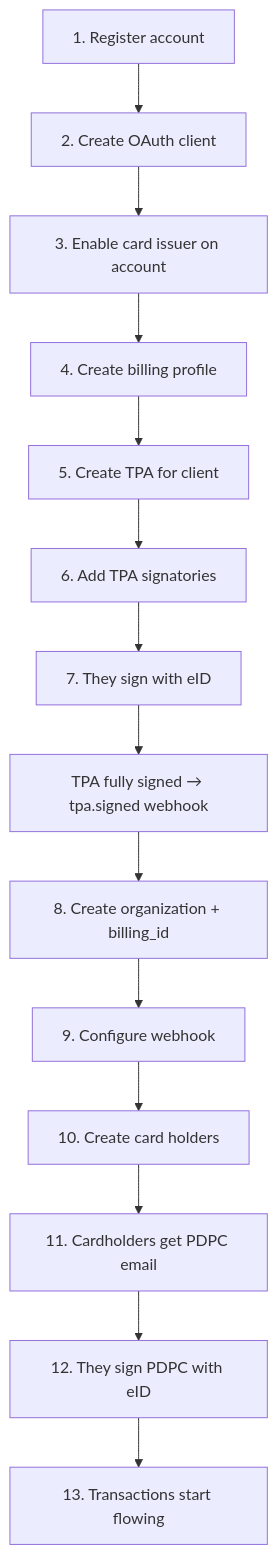
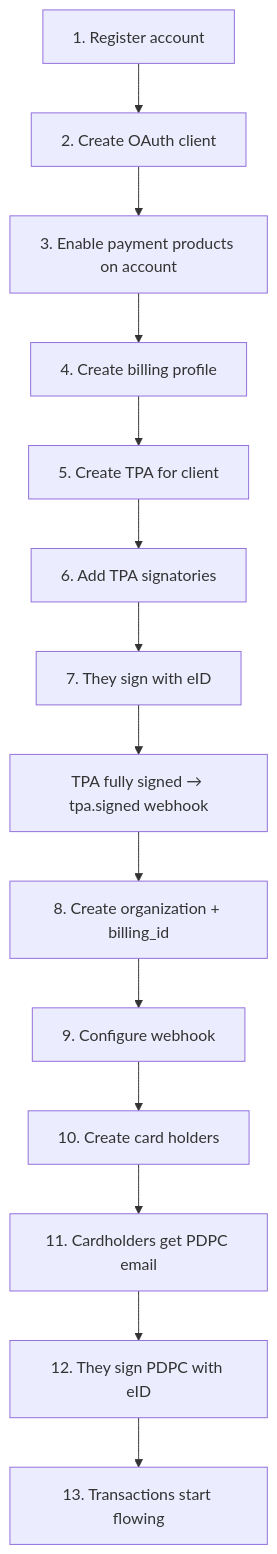
The diagram in introduction/how-it-works.mdx (marc-opencard/developers.opencard.io), drawn with Mermaid before and after one commit. The commit also changed 14 other files, not shown here.

First line of the commit message:
Rename card issuers to payment products and document funding.

````diff
--- a/introduction/how-it-works.mdx
+++ b/introduction/how-it-works.mdx
@@ -44,16 +44,16 @@
 ```mermaid
 flowchart TD
     A[1. Register account] --> B[2. Create OAuth client]
-    B --> C[3. Enable card issuer on account]
+    B --> C[3. Enable payment products on account]
     C --> D[4. Create billing profile]
     D --> E[5. Create TPA for client]
     E --> F[6. Add TPA signatories]
     F --> G[7. They sign with eID]
     G --> K[TPA fully signed → tpa.signed webhook]
     K --> L[8. Create organization + billing_id]
     L --> M[9. Configure webhook]
     M --> N[10. Create card holders]
     N --> O[11. Cardholders get PDPC email]
     O --> P[12. They sign PDPC with eID]
     P --> Q[13. Transactions start flowing]
 ```
````
